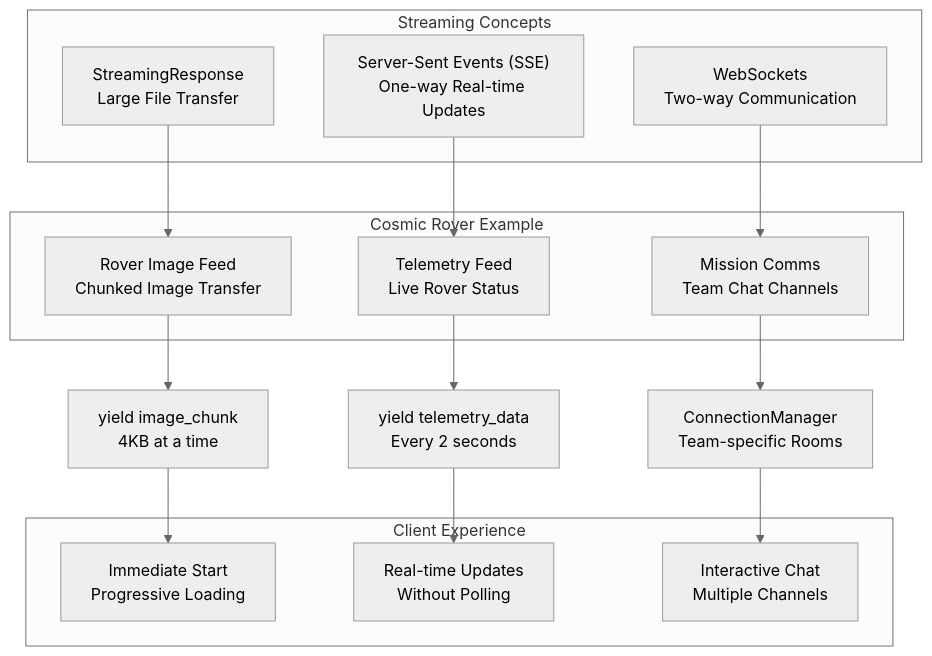
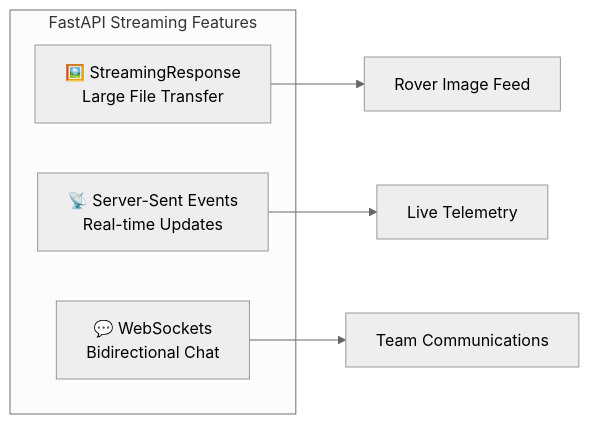
The first of 4 diagrams in 07-streaming/README.md (balupeddireddy08/FastAPI-for-AI-Projects), drawn with Mermaid (neutral theme) before and after one commit. The commit also changed other lines of this file, not shown here.

Commit message:
Modify the streaming readme file

````diff
--- a/07-streaming/README.md
+++ b/07-streaming/README.md
@@ -13,32 +14,12 @@
 ```mermaid
-graph TD
-    subgraph "Streaming Concepts"
-    A["StreamingResponse<br/>Large File Transfer"]
-    B["Server-Sent Events (SSE)<br/>One-way Real-time Updates"]
-    C["WebSockets<br/>Two-way Communication"]
+graph LR
+    subgraph "FastAPI Streaming Features"
+    A["🖼️ StreamingResponse<br/>Large File Transfer"]
+    B["📡 Server-Sent Events<br/>Real-time Updates"]
+    C["💬 WebSockets<br/>Bidirectional Chat"]
     end
     
-    subgraph "Cosmic Rover Example"
-    E["Rover Image Feed<br/>Chunked Image Transfer"]
-    F["Telemetry Feed<br/>Live Rover Status"]
-    G["Mission Comms<br/>Team Chat Channels"]
-    end
-    
-    A --> E
-    B --> F
-    C --> G
-    
-    E --> I["yield image_chunk<br/>4KB at a time"]
-    F --> J["yield telemetry_data<br/>Every 2 seconds"]
-    G --> K["ConnectionManager<br/>Team-specific Rooms"]
-    
-    subgraph "Client Experience"
-    M["Immediate Start<br/>Progressive Loading"]
-    N["Real-time Updates<br/>Without Polling"]
-    O["Interactive Chat<br/>Multiple Channels"]
-    end
-    
-    I --> M
-    J --> N
-    K --> O
+    A --> A1["Rover Image Feed"]
+    B --> B1["Live Telemetry"]
+    C --> C1["Team Communications"]
 ```
````
